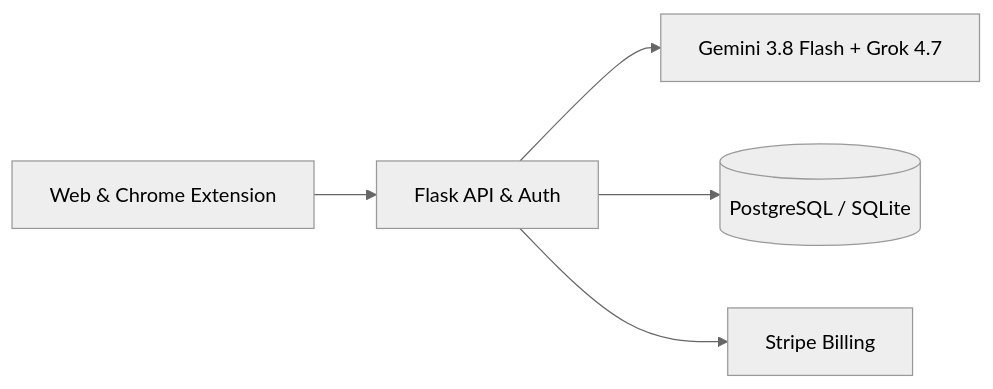
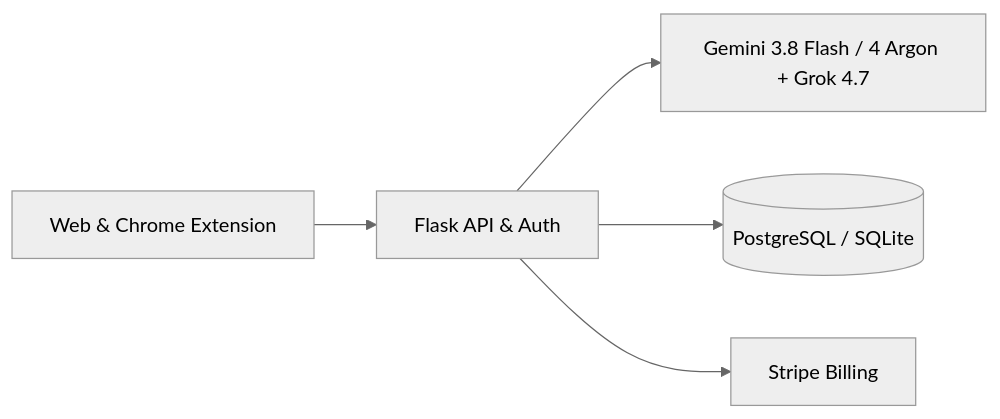
One commit to defluff/satoricheck changed the diagram in README.md. Above: the diagram before and after it, drawn with Mermaid (neutral theme). The commit also changed other lines of this file and 7 other files, not shown here.

Commit message:
changed architecture to add argon for better media auhenticity. but more pricey. bad google

````diff
--- a/README.md
+++ b/README.md
@@ -61,7 +61,7 @@
 ```mermaid
 graph LR
     Client[Web & Chrome Extension] --> API[Flask API & Auth]
-    API --> AI[Gemini 3.8 Flash + Grok 4.7]
+    API --> AI[Gemini 3.8 Flash / 4 Argon + Grok 4.7]
     API --> DB[(PostgreSQL / SQLite)]
     API --> Stripe[Stripe Billing]
 ```
````
